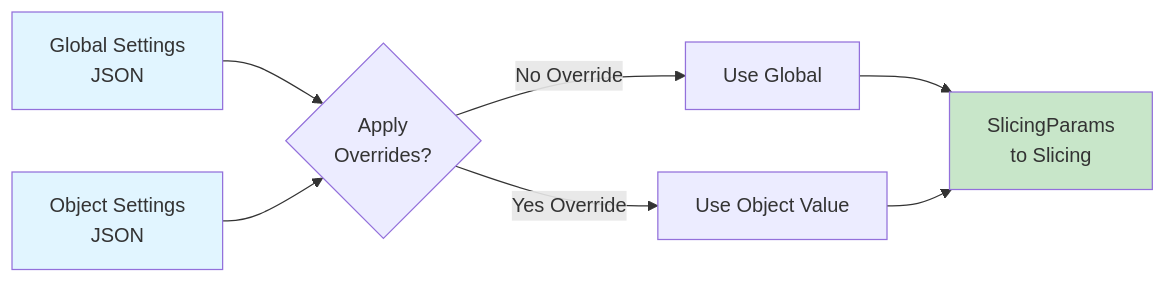
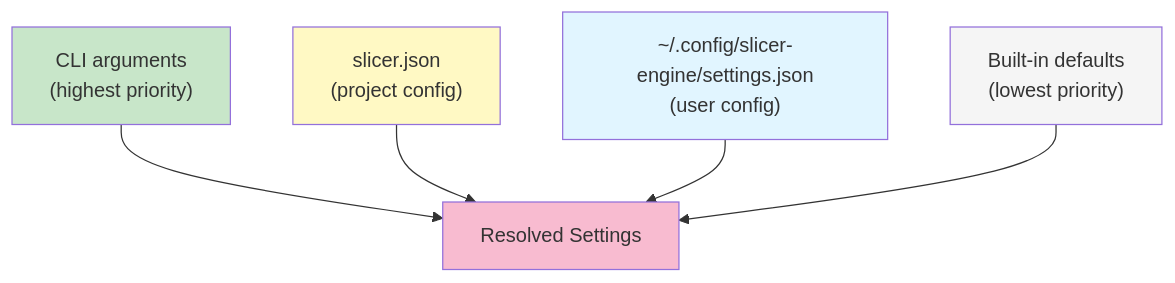
The first of 2 diagrams in src/settings/README.md (max-scopp/slicer-engine), drawn with Mermaid before and after one commit. The commit also changed other lines of this file and 2 other files, not shown here.

First line of the commit message:
docs: update settings README with priority/slicer.json/dotted-paths, update root and CLI READMEs with settings examples

````diff
--- a/src/settings/README.md
+++ b/src/settings/README.md
@@ -18,15 +37,13 @@
 ```mermaid
-graph LR
-    A["Global Settings<br/>JSON"] --> B{Apply<br/>Overrides?}
-    C["Object Settings<br/>JSON"] --> B
-    
-    B -->|No Override| D["Use Global"]
-    B -->|Yes Override| E["Use Object Value"]
-    
-    D --> F["SlicingParams<br/>to Slicing"]
-    E --> F
-    
-    style A fill:#e1f5ff
+graph TB
+    A["CLI arguments\n(highest priority)"] --> R["Resolved Settings"]
+    B["slicer.json\n(project config)"] --> R
+    C["~/.config/slicer-engine/settings.json\n(user config)"] --> R
+    D["Built-in defaults\n(lowest priority)"] --> R
+
+    style A fill:#c8e6c9
+    style B fill:#fff9c4
     style C fill:#e1f5ff
-    style F fill:#c8e6c9
+    style D fill:#f5f5f5
+    style R fill:#f8bbd0
 ```
````
